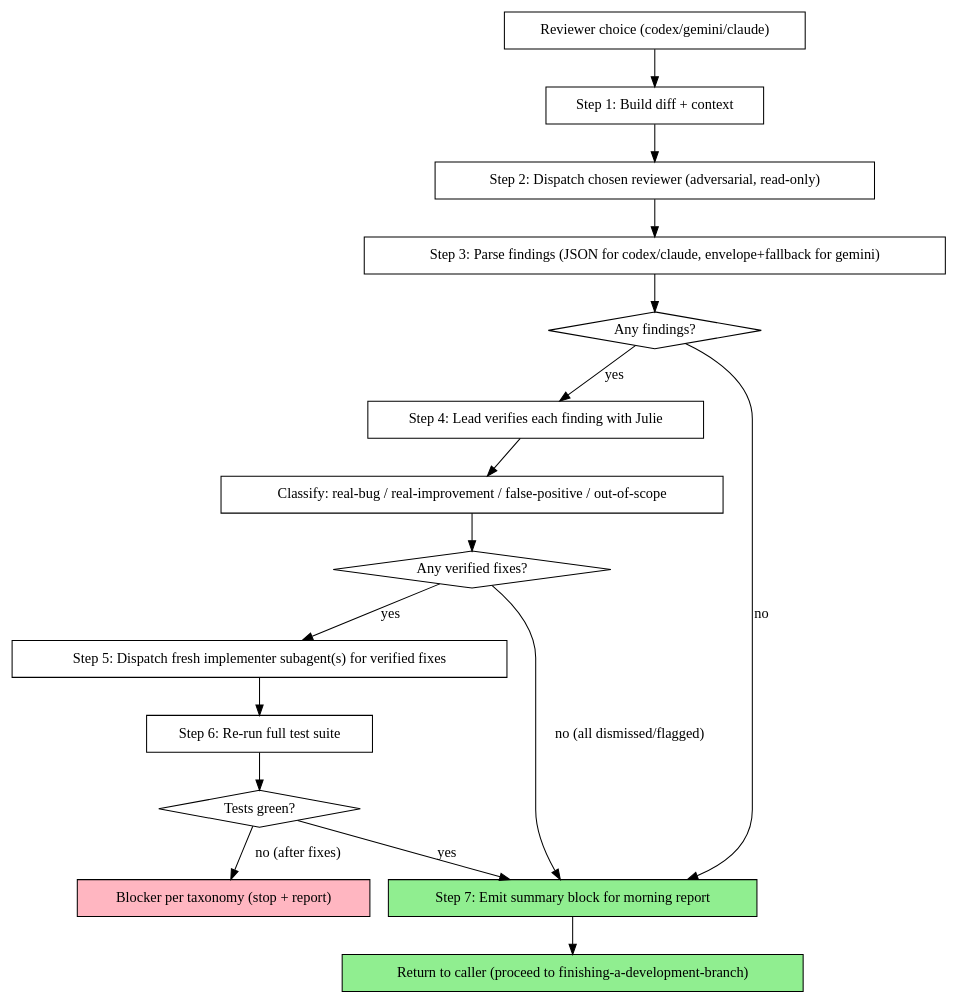
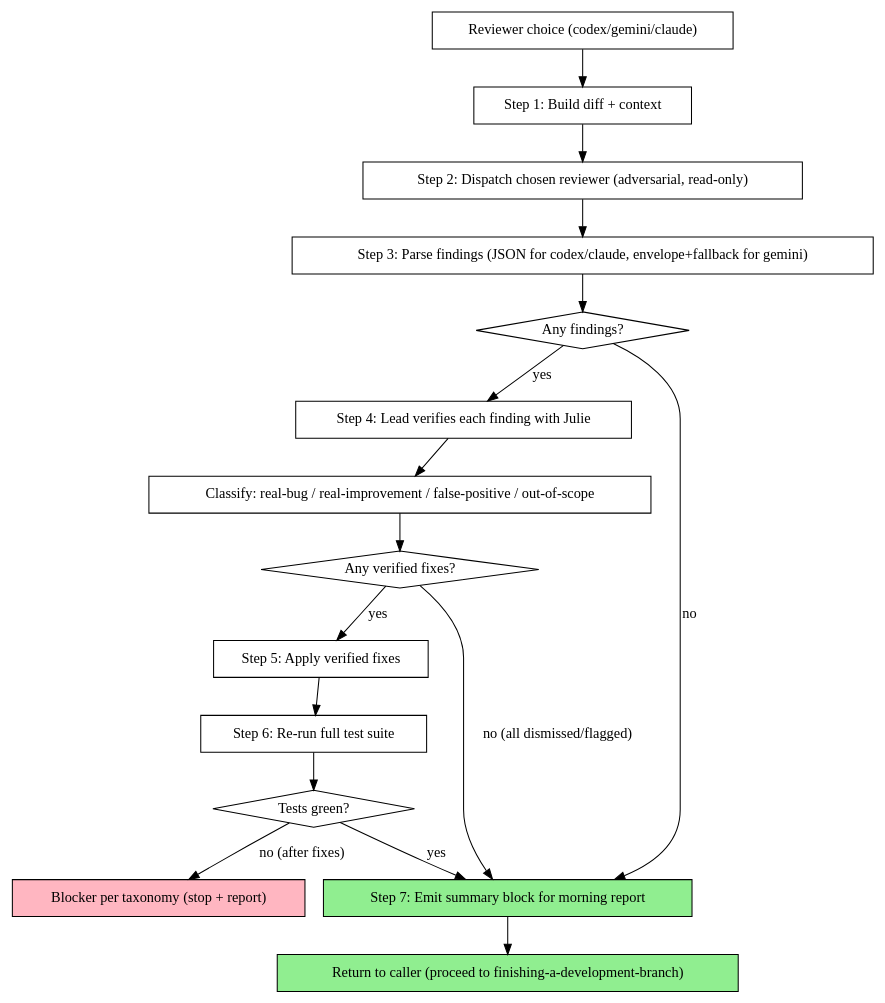
One commit to anortham/razorback changed the diagram in skills/pre-merge-review/SKILL.md. Above: the diagram before and after it, drawn with Graphviz. The commit also changed other lines of this file and 17 other files, not shown here.

Commit message:
release: 0.12.0 - tighten review flow

````diff
--- a/skills/pre-merge-review/SKILL.md
+++ b/skills/pre-merge-review/SKILL.md
@@ -32,36 +32,36 @@
 ```dot
 digraph pre_merge_review {
     rankdir=TB;
 
     "Reviewer choice (codex/gemini/claude)" [shape=box];
     "Step 1: Build diff + context" [shape=box];
     "Step 2: Dispatch chosen reviewer (adversarial, read-only)" [shape=box];
     "Step 3: Parse findings (JSON for codex/claude, envelope+fallback for gemini)" [shape=box];
     "Any findings?" [shape=diamond];
     "Step 4: Lead verifies each finding with Julie" [shape=box];
     "Classify: real-bug / real-improvement / false-positive / out-of-scope" [shape=box];
     "Any verified fixes?" [shape=diamond];
-    "Step 5: Dispatch fresh implementer subagent(s) for verified fixes" [shape=box];
+    "Step 5: Apply verified fixes" [shape=box];
     "Step 6: Re-run full test suite" [shape=box];
     "Tests green?" [shape=diamond];
     "Step 7: Emit summary block for morning report" [shape=box style=filled fillcolor=lightgreen];
     "Return to caller (proceed to finishing-a-development-branch)" [shape=box style=filled fillcolor=lightgreen];
     "Blocker per taxonomy (stop + report)" [shape=box style=filled fillcolor=lightpink];
 
     "Reviewer choice (codex/gemini/claude)" -> "Step 1: Build diff + context";
     "Step 1: Build diff + context" -> "Step 2: Dispatch chosen reviewer (adversarial, read-only)";
     "Step 2: Dispatch chosen reviewer (adversarial, read-only)" -> "Step 3: Parse findings (JSON for codex/claude, envelope+fallback for gemini)";
     "Step 3: Parse findings (JSON for codex/claude, envelope+fallback for gemini)" -> "Any findings?";
     "Any findings?" -> "Step 7: Emit summary block for morning report" [label="no"];
     "Any findings?" -> "Step 4: Lead verifies each finding with Julie" [label="yes"];
     "Step 4: Lead verifies each finding with Julie" -> "Classify: real-bug / real-improvement / false-positive / out-of-scope";
     "Classify: real-bug / real-improvement / false-positive / out-of-scope" -> "Any verified fixes?";
     "Any verified fixes?" -> "Step 7: Emit summary block for morning report" [label="no (all dismissed/flagged)"];
-    "Any verified fixes?" -> "Step 5: Dispatch fresh implementer subagent(s) for verified fixes" [label="yes"];
-    "Step 5: Dispatch fresh implementer subagent(s) for verified fixes" -> "Step 6: Re-run full test suite";
+    "Any verified fixes?" -> "Step 5: Apply verified fixes" [label="yes"];
+    "Step 5: Apply verified fixes" -> "Step 6: Re-run full test suite";
     "Step 6: Re-run full test suite" -> "Tests green?";
     "Tests green?" -> "Step 7: Emit summary block for morning report" [label="yes"];
     "Tests green?" -> "Blocker per taxonomy (stop + report)" [label="no (after fixes)"];
     "Step 7: Emit summary block for morning report" -> "Return to caller (proceed to finishing-a-development-branch)";
 }
 ```
````
